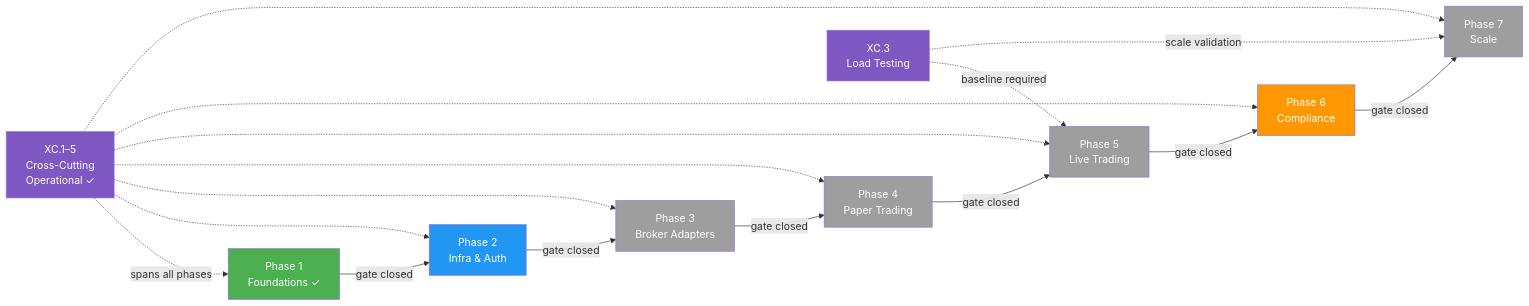
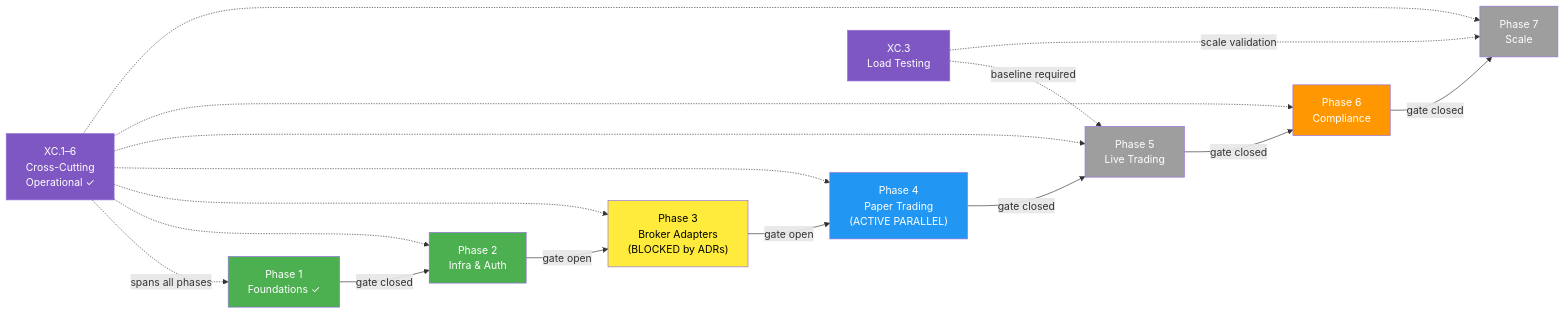
The diagram in STRATEGY.md (SevFle/nexus-trade-engine), drawn with Mermaid before and after one commit. The commit also changed other lines of this file and 11 other files, not shown here.

````diff
--- a/STRATEGY.md
+++ b/STRATEGY.md
@@ -59,30 +113,30 @@
 ```mermaid
 flowchart LR
     P1["Phase 1<br/>Foundations ✓"] -->|gate closed| P2["Phase 2<br/>Infra & Auth"]
-    P2 -->|gate closed| P3["Phase 3<br/>Broker Adapters"]
-    P3 -->|gate closed| P4["Phase 4<br/>Paper Trading"]
+    P2 -->|gate open| P3["Phase 3<br/>Broker Adapters<br/>(BLOCKED by ADRs)"]
+    P3 -->|gate open| P4["Phase 4<br/>Paper Trading<br/>(ACTIVE PARALLEL)"]
     P4 -->|gate closed| P5["Phase 5<br/>Live Trading"]
     P5 -->|gate closed| P6["Phase 6<br/>Compliance"]
     P6 -->|gate closed| P7["Phase 7<br/>Scale"]
 
-    XC["XC.1–5<br/>Cross-Cutting<br/>Operational ✓"] -.->|spans all phases| P1
+    XC["XC.1–6<br/>Cross-Cutting<br/>Operational ✓"] -.->|spans all phases| P1
     XC -.-> P2
     XC -.-> P3
     XC -.-> P4
     XC -.-> P5
     XC -.-> P6
     XC -.-> P7
 
     LT["XC.3<br/>Load Testing"] -.->|baseline required| P5
     LT -.->|scale validation| P7
 
     style P1 fill:#4caf50,color:#fff
-    style P2 fill:#2196f3,color:#fff
-    style P3 fill:#9e9e9e,color:#fff
-    style P4 fill:#9e9e9e,color:#fff
+    style P2 fill:#4caf50,color:#fff
+    style P3 fill:#ffeb3b,color:#000
+    style P4 fill:#2196f3,color:#fff
     style P5 fill:#9e9e9e,color:#fff
     style P6 fill:#ff9800,color:#fff
     style P7 fill:#9e9e9e,color:#fff
     style XC fill:#7e57c2,color:#fff
     style LT fill:#7e57c2,color:#fff
 ```
````
